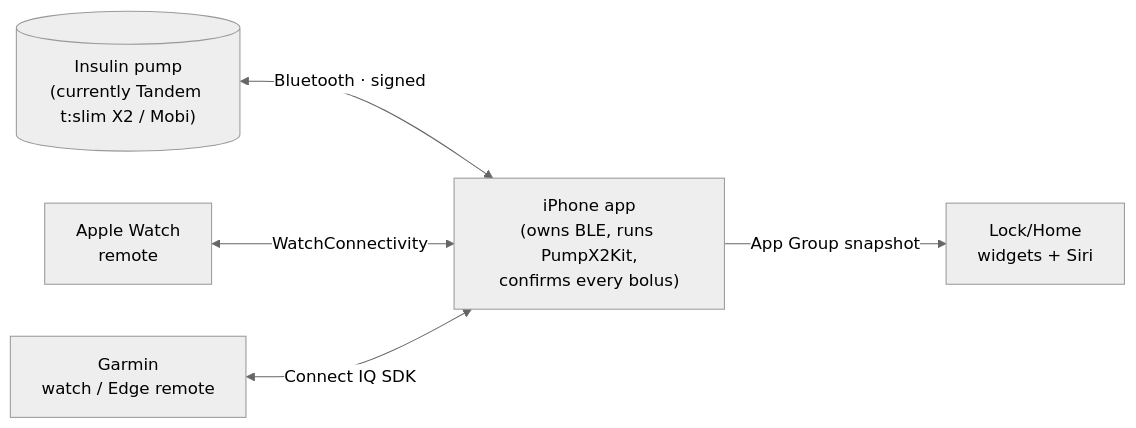
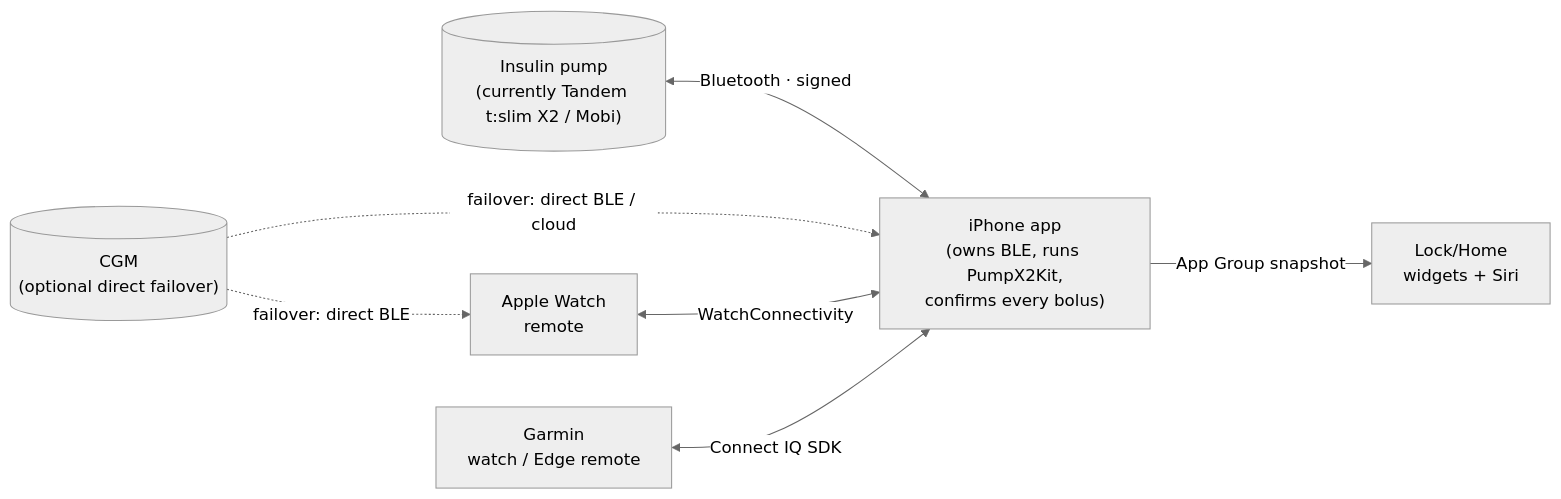
The diagram in docs/architecture.md (faBolus-app/faBolus), drawn with Mermaid (neutral theme) before and after one commit. The commit also changed other lines of this file and 4 other files, not shown here.

First line of the commit message:
docs: document CGM failover (feature + architecture + README)

````diff
--- a/docs/architecture.md
+++ b/docs/architecture.md
@@ -12,13 +12,16 @@
 ```mermaid
 flowchart LR
     Pump[("Insulin pump\n(currently Tandem t:slim X2 / Mobi)")]
+    CGM[("CGM\n(optional direct failover)")]
     Phone["iPhone app\n(owns BLE, runs PumpX2Kit,\nconfirms every bolus)"]
     Watch["Apple Watch\nremote"]
     Garmin["Garmin\nwatch / Edge remote"]
     Widgets["Lock/Home\nwidgets + Siri"]
 
     Pump <-->|Bluetooth · signed| Phone
+    CGM -.->|failover: direct BLE / cloud| Phone
+    CGM -.->|failover: direct BLE| Watch
     Watch <-->|WatchConnectivity| Phone
     Garmin <-->|Connect IQ SDK| Phone
     Phone -->|App Group snapshot| Widgets
 ```
````
